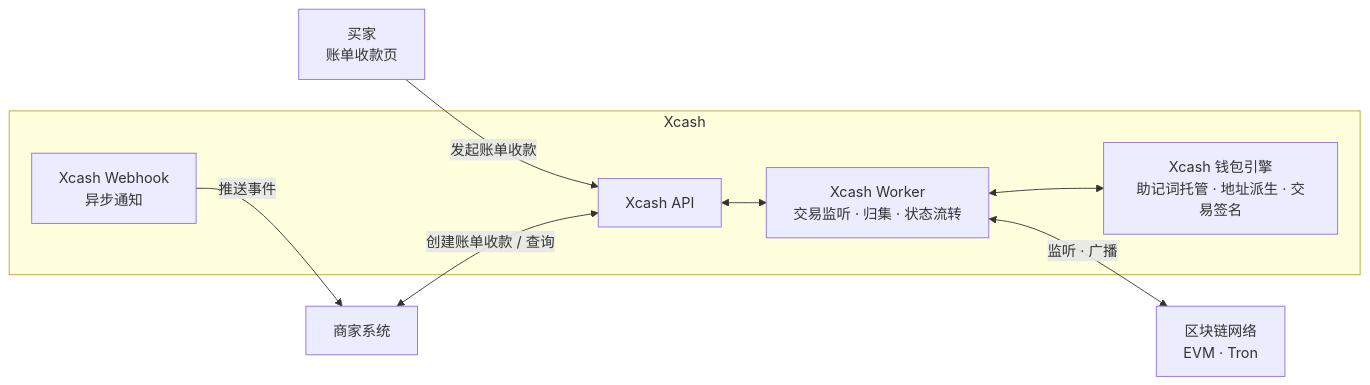
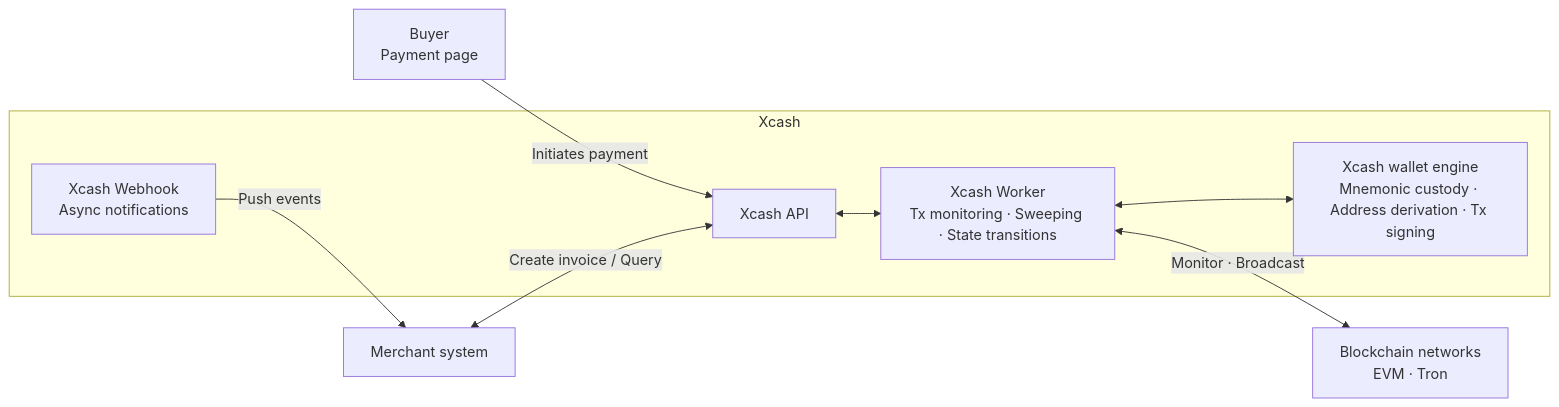
One commit to xca-sh/xcash changed the second of 2 diagrams in README.md. Above: the diagram before and after it, drawn with Mermaid. The commit also changed other lines of this file and 5 other files, not shown here.

````diff
--- a/README.md
+++ b/README.md
@@ -147,21 +186,21 @@
 ```mermaid
 graph LR
-    Buyer["买家<br/>账单收款页"]
-    Merchant["商家系统"]
+    Buyer["Buyer<br/>Payment page"]
+    Merchant["Merchant system"]
 
     subgraph Xcash
         API["Xcash API"]
-        Worker["Xcash Worker<br/>交易监听 · 归集 · 状态流转"]
-        Wallet["Xcash 钱包引擎<br/>助记词托管 · 地址派生 · 交易签名"]
-        Webhook["Xcash Webhook<br/>异步通知"]
+        Worker["Xcash Worker<br/>Tx monitoring · Sweeping · State transitions"]
+        Wallet["Xcash wallet engine<br/>Mnemonic custody · Address derivation · Tx signing"]
+        Webhook["Xcash Webhook<br/>Async notifications"]
     end
 
-    Blockchain["区块链网络<br/>EVM · Tron"]
+    Blockchain["Blockchain networks<br/>EVM · Tron"]
 
-    Buyer -->|发起账单收款| API
-    Merchant <-->|创建账单收款 / 查询| API
+    Buyer -->|Initiates payment| API
+    Merchant <-->|Create invoice / Query| API
     API <--> Worker
     Worker <--> Wallet
-    Worker <-->|监听 · 广播| Blockchain
-    Webhook -->|推送事件| Merchant
+    Worker <-->|Monitor · Broadcast| Blockchain
+    Webhook -->|Push events| Merchant
 ```
````
